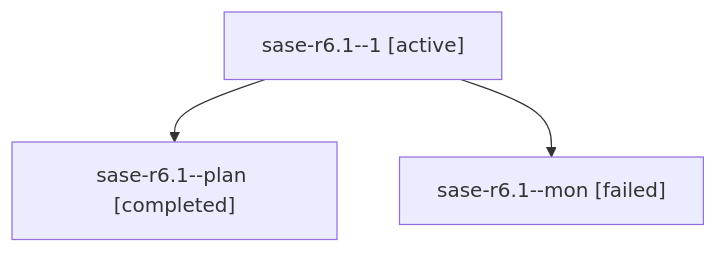
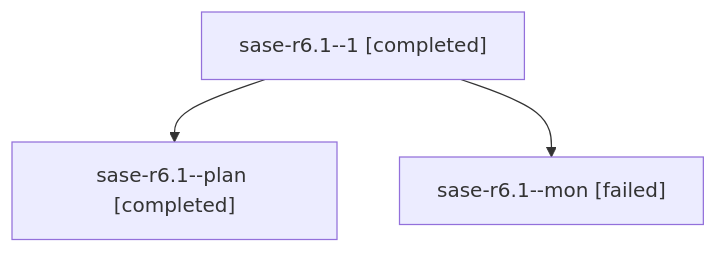
One commit to sase-org/sase--agents changed the diagram in families/bbugyi200.athena.sase-r6.1.md. Above: the diagram before and after it, drawn with Mermaid. The commit also changed other lines of this file and 41 other files, not shown here.

````diff
--- a/families/bbugyi200.athena.sase-r6.1.md
+++ b/families/bbugyi200.athena.sase-r6.1.md
@@ -9,8 +9,8 @@
 ```mermaid
 flowchart TD
-  n0["sase-r6.1--1 [active]"]
+  n0["sase-r6.1--1 [completed]"]
   n1["sase-r6.1--plan [completed]"]
   n0 --> n1
   n2["sase-r6.1--mon [failed]"]
   n0 --> n2
 ```
````
